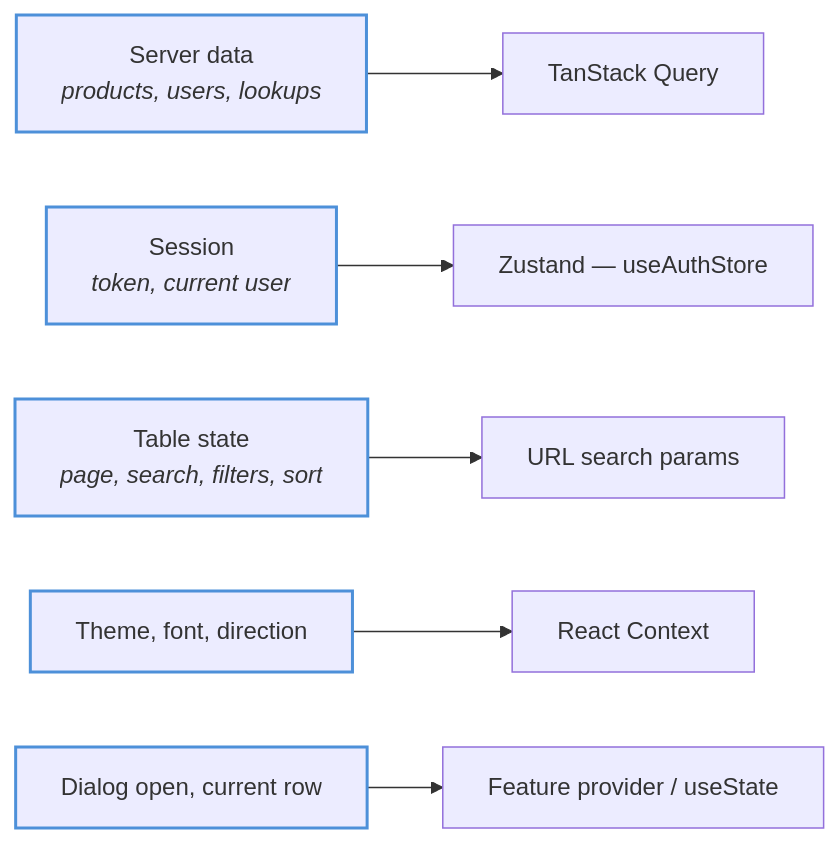
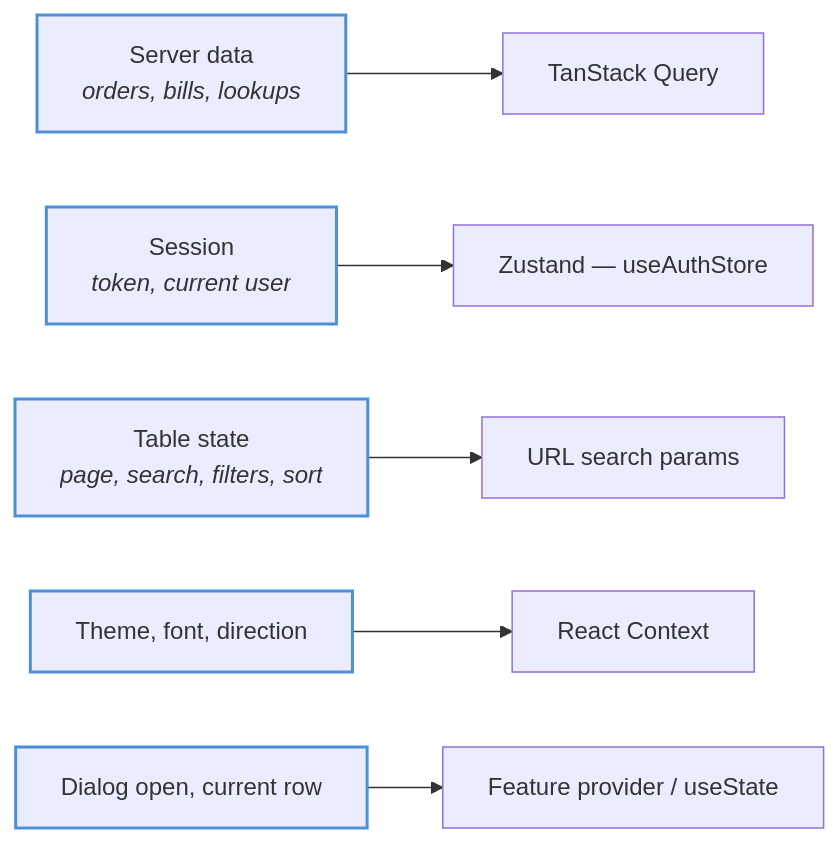
Before and after one commit to TGCTZ/TGC-SERVICE-FRONTEND: the fifth of 5 diagrams in docs/diagrams/data-fetching.md, drawn with Mermaid. The commit also changed other lines of this file and 18 other files, not shown here.

````diff
--- a/docs/diagrams/data-fetching.md
+++ b/docs/diagrams/data-fetching.md
@@ -100,14 +100,14 @@
 ```mermaid
 flowchart LR
-    SERVER["Server data<br/><i>products, users, lookups</i>"] --> TQ["TanStack Query"]
+    SERVER["Server data<br/><i>orders, bills, lookups</i>"] --> TQ["TanStack Query"]
     SESSION["Session<br/><i>token, current user</i>"] --> ZU["Zustand — useAuthStore"]
     TABLE["Table state<br/><i>page, search, filters, sort</i>"] --> URLS["URL search params"]
     PREFS["Theme, font, direction"] --> CTX["React Context"]
     LOCAL["Dialog open, current row"] --> RC["Feature provider / useState"]
 
     style SERVER stroke:#4d90d9,stroke-width:2px
     style SESSION stroke:#4d90d9,stroke-width:2px
     style TABLE stroke:#4d90d9,stroke-width:2px
     style PREFS stroke:#4d90d9,stroke-width:2px
     style LOCAL stroke:#4d90d9,stroke-width:2px
 ```
````
